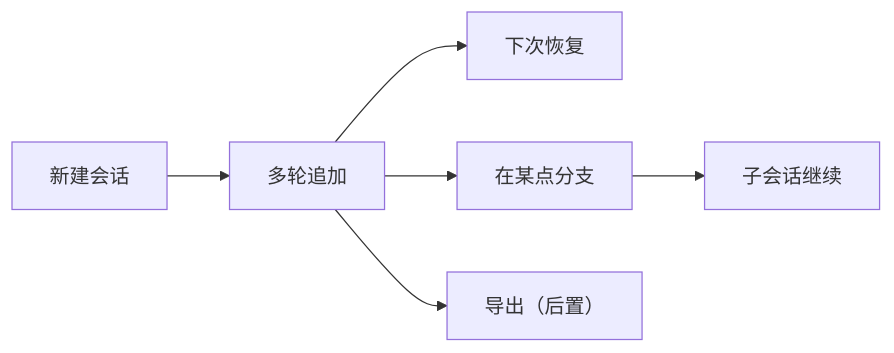
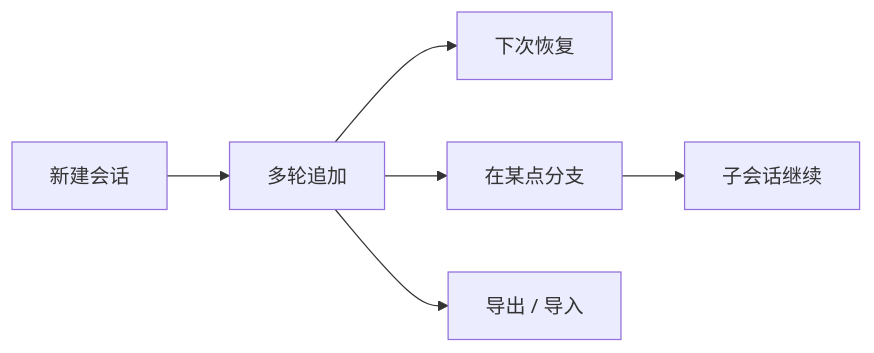
One commit to StrayDragon/xylitol changed the diagram in docs/architecture/会话与持久化.md. Above: the diagram before and after it, drawn with Mermaid. The commit also changed other lines of this file and 31 other files, not shown here.

````diff
--- a/docs/architecture/会话与持久化.md
+++ b/docs/architecture/会话与持久化.md
@@ -14,8 +14,8 @@
 ```mermaid
 flowchart LR
   New["新建会话"] --> Append["多轮追加"]
   Append --> Resume["下次恢复"]
   Append --> Fork["在某点分支"]
   Fork --> Child["子会话继续"]
-  Append --> Export["导出（后置）"]
+  Append --> Export["导出 / 导入"]
 ```
````
